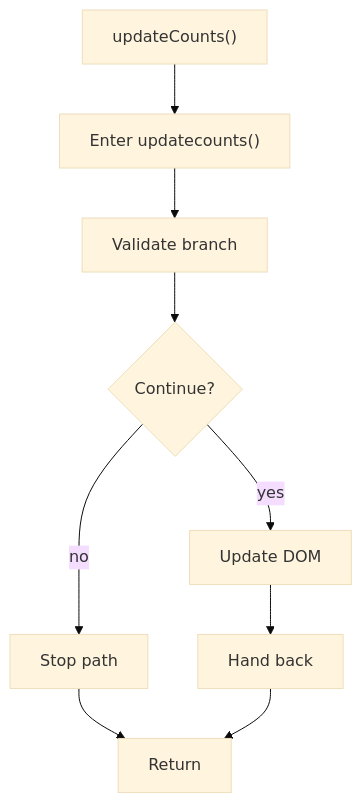
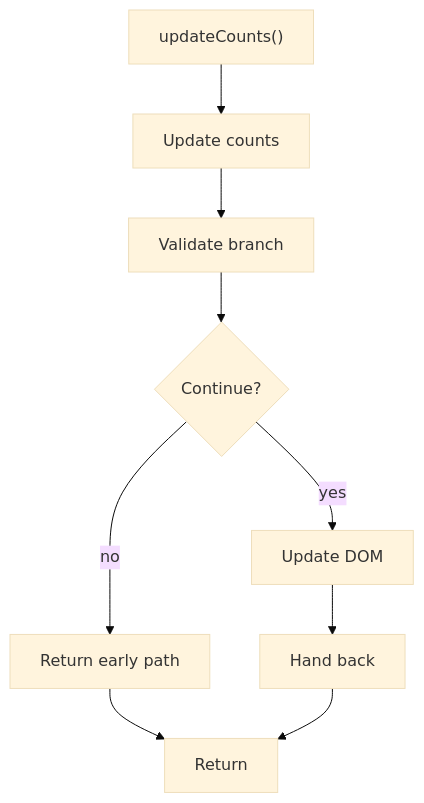
The sixth of 6 diagrams in docs/Codebase/Frontend/scripts/fix-suggestions.js.md (JohnAndrewBalbarosa/NeoTerritory), drawn with Mermaid (base theme) before and after one commit. The commit also changed other lines of this file and 925 other files, not shown here.

````diff
--- a/docs/Codebase/Frontend/scripts/fix-suggestions.js.md
+++ b/docs/Codebase/Frontend/scripts/fix-suggestions.js.md
@@ -186,19 +185,19 @@
 ```mermaid
 flowchart TD
     Start["updateCounts()"]
-    N0["Enter updatecounts()"]
+    N0["Update counts"]
     N1["Validate branch"]
     D1{"Continue?"}
-    R1["Stop path"]
+    R1["Return early path"]
     N2["Update DOM"]
     N3["Hand back"]
     End["Return"]
     Start --> N0
     N0 --> N1
     N1 --> D1
     D1 -->|yes| N2
     D1 -->|no| R1
     R1 --> End
     N2 --> N3
     N3 --> End
 ```
````
